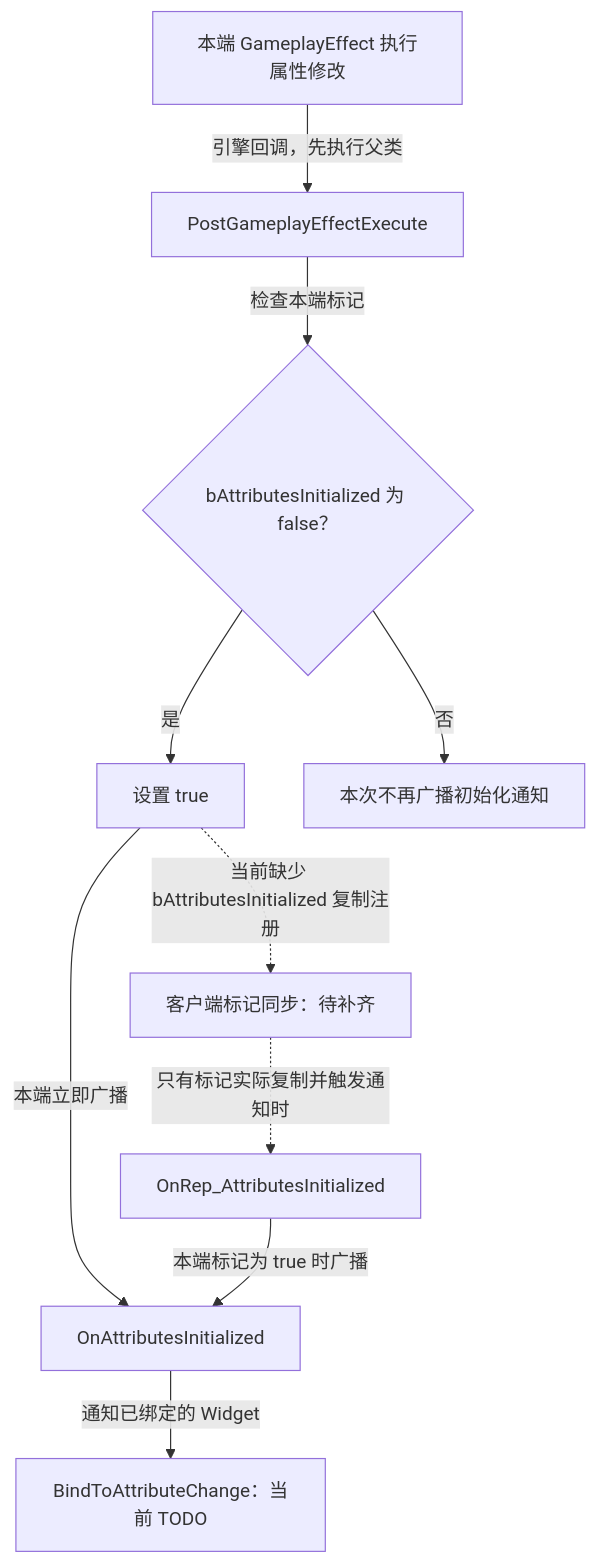
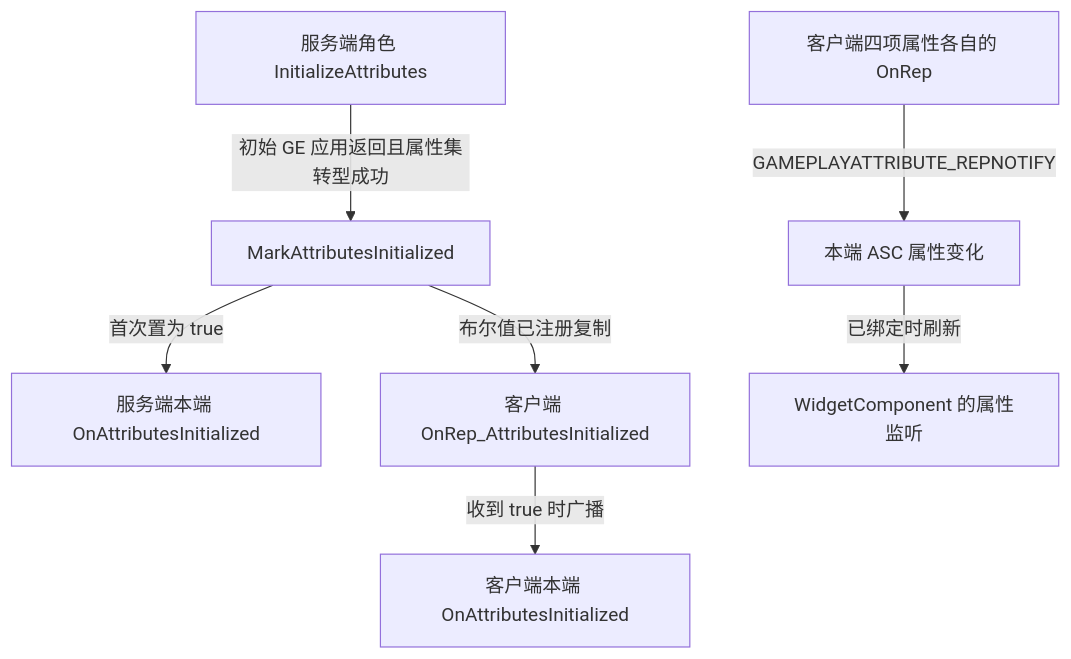
One commit to xue1ong/GAS_StudyNotes changed the first of 2 diagrams in AbilitySystem/AttributeSet.md. Above: the diagram before and after it, drawn with Mermaid. The commit also changed other lines of this file and 11 other files, not shown here.

First line of the commit message:
docs: document attribute widget updates and health depletion

````diff
--- a/AbilitySystem/AttributeSet.md
+++ b/AbilitySystem/AttributeSet.md
@@ -111,12 +91,9 @@
 ```mermaid
 flowchart TD
-    effect["本端 GameplayEffect 执行属性修改"] -->|"引擎回调，先执行父类"| post["PostGameplayEffectExecute"]
-    post -->|"检查本端标记"| first{"bAttributesInitialized 为 false？"}
-    first -->|"是"| setFlag["设置 true"]
-    setFlag -->|"本端立即广播"| signal["OnAttributesInitialized"]
-    first -->|"否"| done["本次不再广播初始化通知"]
-    setFlag -.->|"当前缺少 bAttributesInitialized 复制注册"| replication["客户端标记同步：待补齐"]
-    replication -.->|"只有标记实际复制并触发通知时"| onRep["OnRep_AttributesInitialized"]
-    onRep -->|"本端标记为 true 时广播"| signal
-    signal -->|"通知已绑定的 Widget"| widget["BindToAttributeChange：当前 TODO"]
+    role["服务端角色 InitializeAttributes"] -->|"初始 GE 应用返回且属性集转型成功"| mark["MarkAttributesInitialized"]
+    mark -->|"首次置为 true"| local["服务端本端 OnAttributesInitialized"]
+    mark -->|"布尔值已注册复制"| flag["客户端 OnRep_AttributesInitialized"]
+    flag -->|"收到 true 时广播"| remote["客户端本端 OnAttributesInitialized"]
+    numeric["客户端四项属性各自的 OnRep"] -->|"GAMEPLAYATTRIBUTE_REPNOTIFY"| asc["本端 ASC 属性变化"]
+    asc -->|"已绑定时刷新"| widget["WidgetComponent 的属性监听"]
 ```
````
